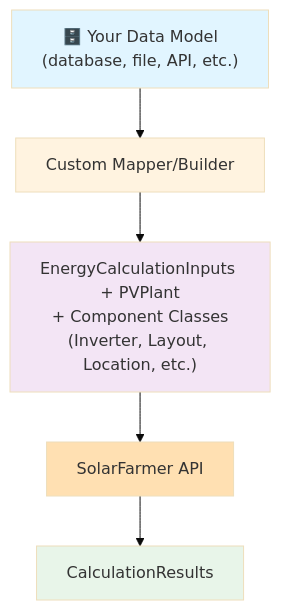
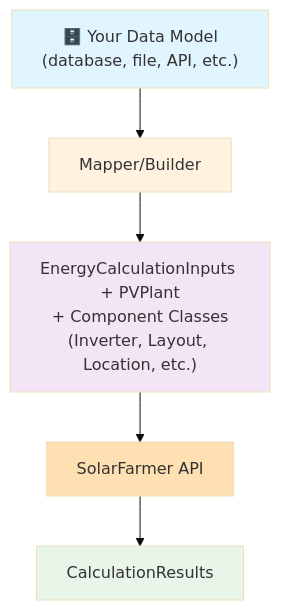
The diagram in docs/getting-started/workflow-3-plantbuilder-advanced.md (dnv-opensource/solarfarmer-python-sdk), drawn with Mermaid (base theme) before and after one commit. The commit also changed other lines of this file and 6 other files, not shown here.

````diff
--- a/docs/getting-started/workflow-3-plantbuilder-advanced.md
+++ b/docs/getting-started/workflow-3-plantbuilder-advanced.md
@@ -25,19 +25,19 @@
 ```mermaid
 graph TB
     A["🗄️ Your Data Model<br/>(database, file, API, etc.)"]
-    B["Custom Mapper/Builder"]
+    B["Mapper/Builder"]
     C["EnergyCalculationInputs + PVPlant<br/>+ Component Classes<br/>(Inverter, Layout, Location, etc.)"]
     D["SolarFarmer API"]
     E["CalculationResults"]
 
     A --> B
     B --> C
     C --> D
     D --> E
 
     style A fill:#e1f5ff
     style B fill:#fff3e0
     style C fill:#f3e5f5
     style D fill:#ffe0b2
     style E fill:#e8f5e9
 ```
````
